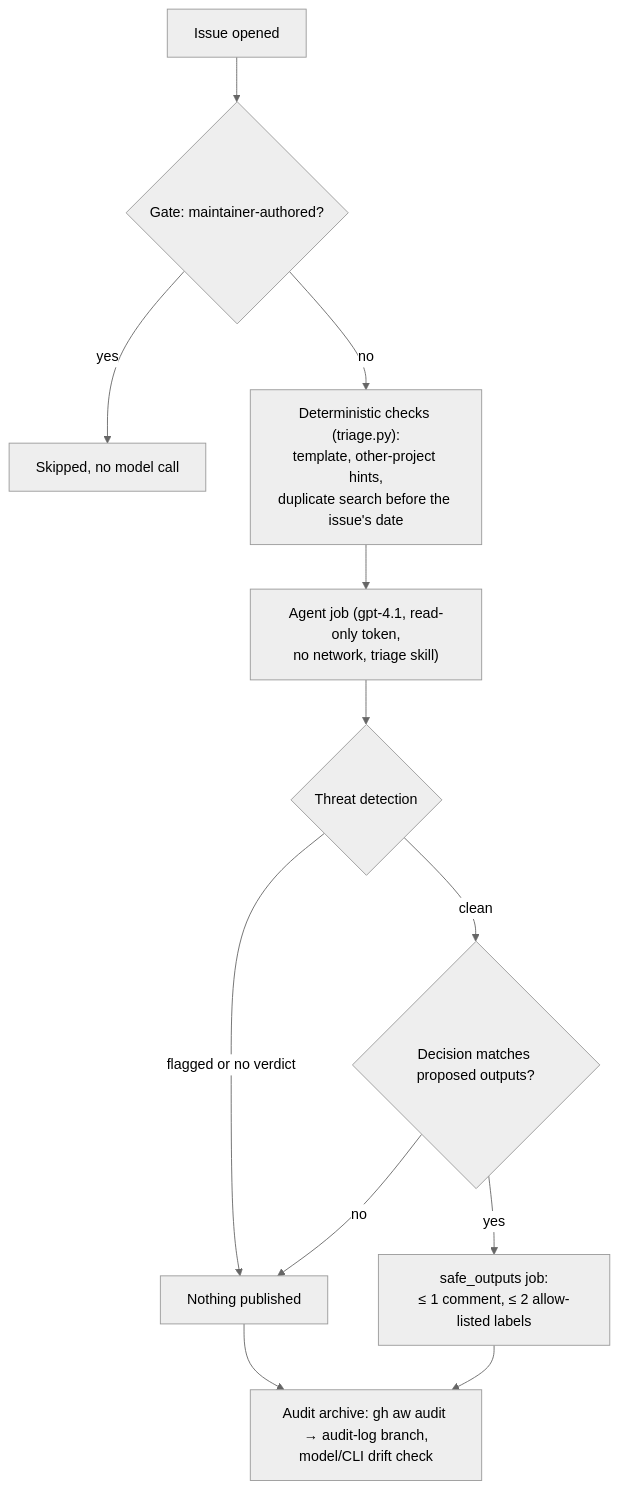
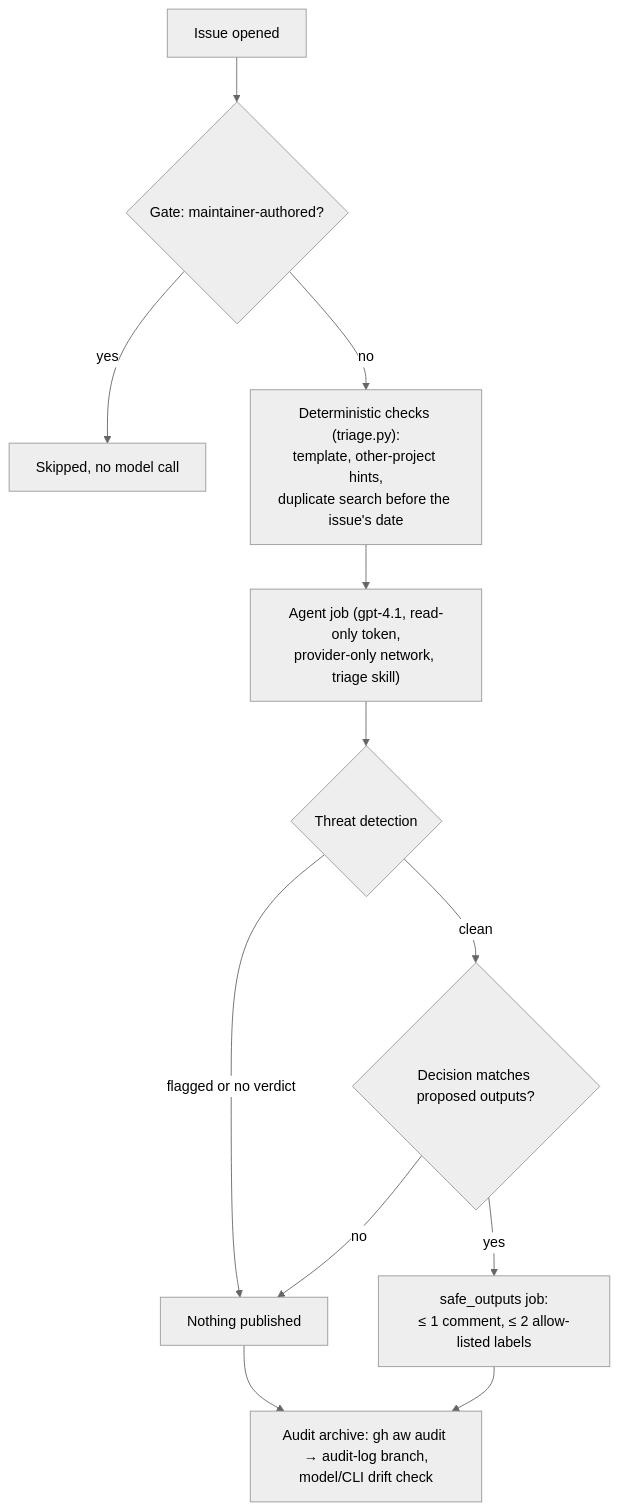
Before and after one commit to WyattLeoz/cs467-a3-prometheus-triage: the diagram in README.md, drawn with Mermaid (neutral theme). The commit also changed other lines of this file and 43 other files, not shown here.

````diff
--- a/README.md
+++ b/README.md
@@ -28,14 +28,14 @@
 ```mermaid
 flowchart TD
   A[Issue opened] --> B{Gate: maintainer-authored?}
   B -- yes --> S[Skipped, no model call]
   B -- no --> C["Deterministic checks (triage.py):<br/>template, other-project hints,<br/>duplicate search before the issue's date"]
-  C --> D["Agent job (gpt-4.1, read-only token,<br/>no network, triage skill)"]
+  C --> D["Agent job (gpt-4.1, read-only token,<br/>provider-only network, triage skill)"]
   D --> E{Threat detection}
   E -- "flagged or no verdict" --> N[Nothing published]
   E -- clean --> V{Decision matches proposed outputs?}
   V -- no --> N
   V -- yes --> F["safe_outputs job:<br/>≤ 1 comment, ≤ 2 allow-listed labels"]
   F --> G["Audit archive: gh aw audit → audit-log branch,<br/>model/CLI drift check"]
   N --> G
 ```
````
